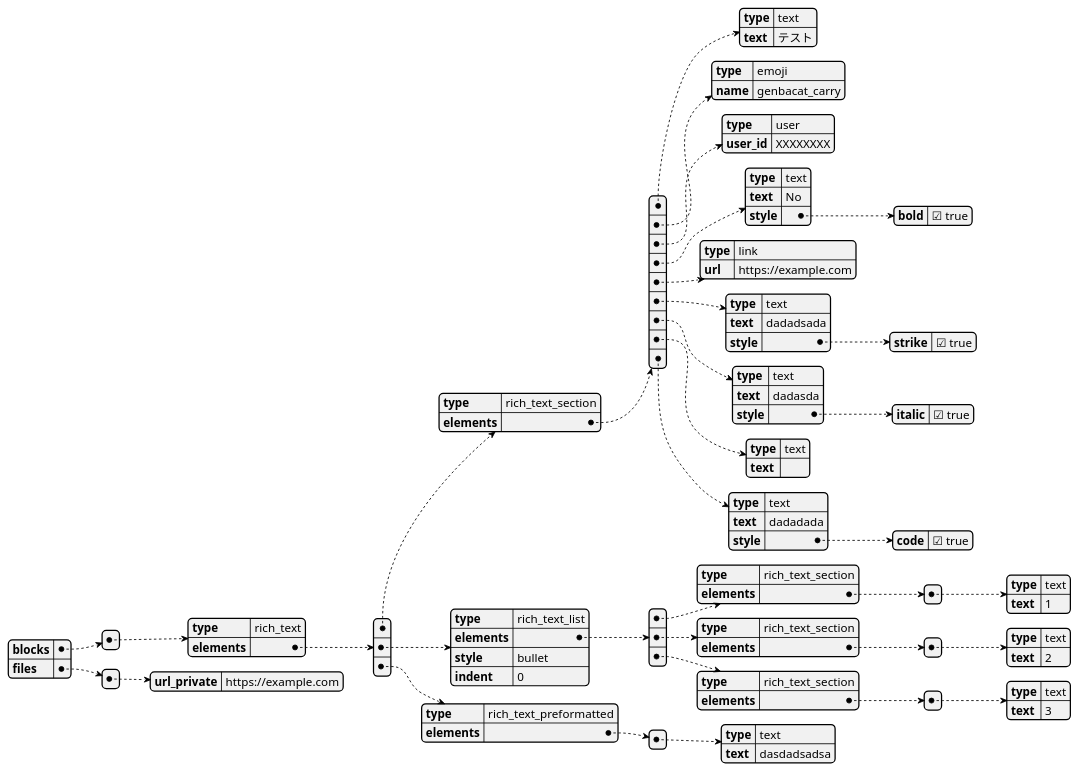
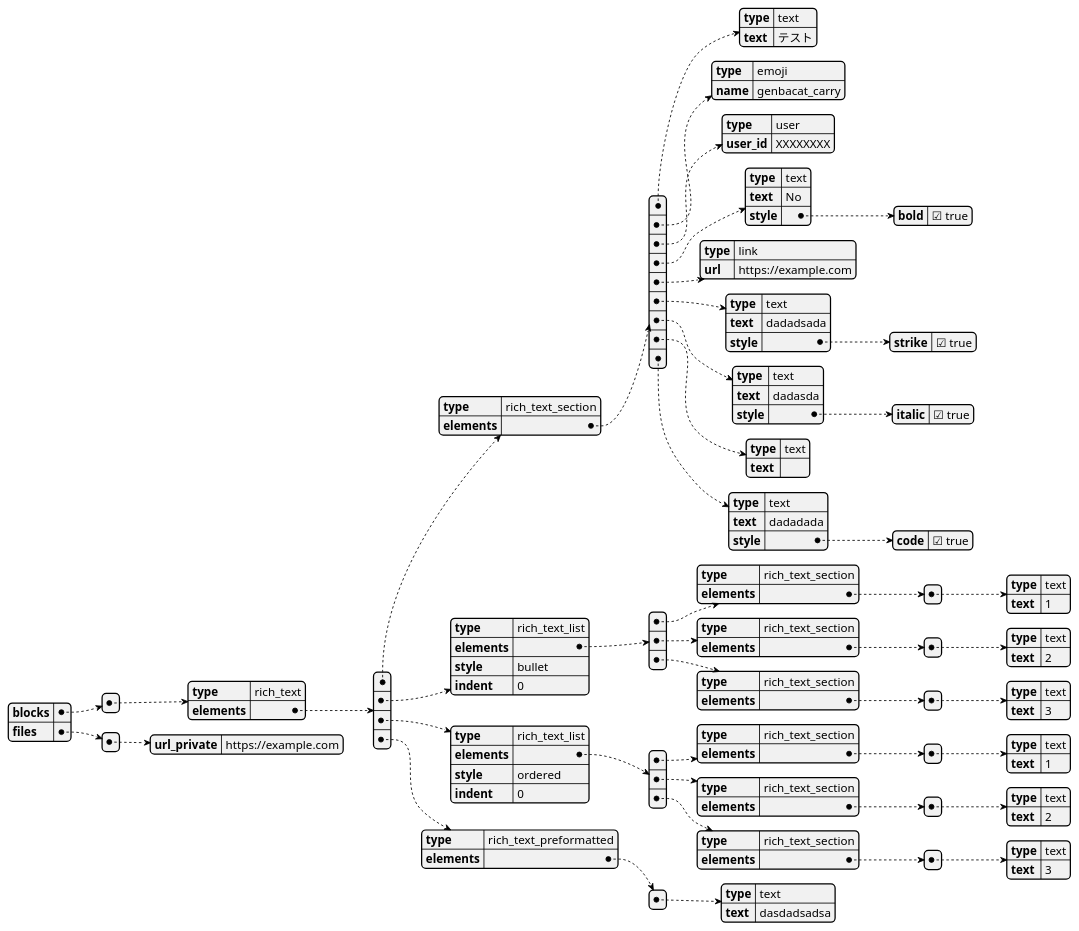
Before and after one commit to A-yum3/slack-pdf-bot: the diagram in doc/message_pattern.puml, drawn with PlantUML.

Commit message:
doc: 見やすい形式に修正

```diff
--- a/doc/message_pattern.puml
+++ b/doc/message_pattern.puml
@@ -1,114 +1,148 @@
 @startjson
 
 {
   "blocks": [
     {
       "type": "rich_text",
       "elements": [
         {
           "type": "rich_text_section",
           "elements": [
             {
               "type": "text",
               "text": "テスト"
             },
             {
               "type": "emoji",
               "name": "genbacat_carry"
             },
             {
               "type": "user",
               "user_id": "XXXXXXXX"
             },
             {
               "type": "text",
               "text": "No",
               "style": {
                 "bold": true
               }
             },
             {
               "type": "link",
               "url": "https://example.com"
             },
             {
               "type": "text",
               "text": "dadadsada",
               "style": {
                 "strike": true
               }
             },
             {
               "type": "text",
               "text": "dadasda",
               "style":{
                 "italic": true
               }
             },
             {
               "type": "text",
               "text": "\n"
             },
             {
               "type": "text",
               "text": "dadadada",
               "style": {
                 "code": true
               }
             }
           ]
         },
         {
           "type": "rich_text_list",
           "elements": [
             {
               "type": "rich_text_section",
               "elements": [
                 {
                   "type": "text",
                   "text": "1"
                 }
               ]
             },
             {
               "type": "rich_text_section",
               "elements": [
                 {
                   "type": "text",
                   "text": "2"
                 }
               ]
             },
             {
               "type": "rich_text_section",
               "elements": [
                 {
                   "type": "text",
                   "text": "3"
                 }
               ]
             }
           ],
           "style": "bullet",
           "indent": 0
         },
         {
+          "type": "rich_text_list",
+          "elements": [
+            {
+              "type": "rich_text_section",
+              "elements": [
+                {
+                  "type": "text",
+                  "text": "1"
+                }
+              ]
+            },
+            {
+              "type": "rich_text_section",
+              "elements": [
+                {
+                  "type": "text",
+                  "text": "2"
+                }
+              ]
+            },
+            {
+              "type": "rich_text_section",
+              "elements": [
+                {
+                  "type": "text",
+                  "text": "3"
+                }
+              ]
+            }
+          ],
+          "style": "ordered",
+          "indent": 0
+        },
+        {
           "type": "rich_text_preformatted",
           "elements": [
             {
               "type": "text",
               "text": "dasdadsadsa"
             }
           ]
         }
       ]
     }
   ],
   "files": [
     {
       "url_private": "https://example.com"
     }
   ]
 }
 
 @endjson
```
